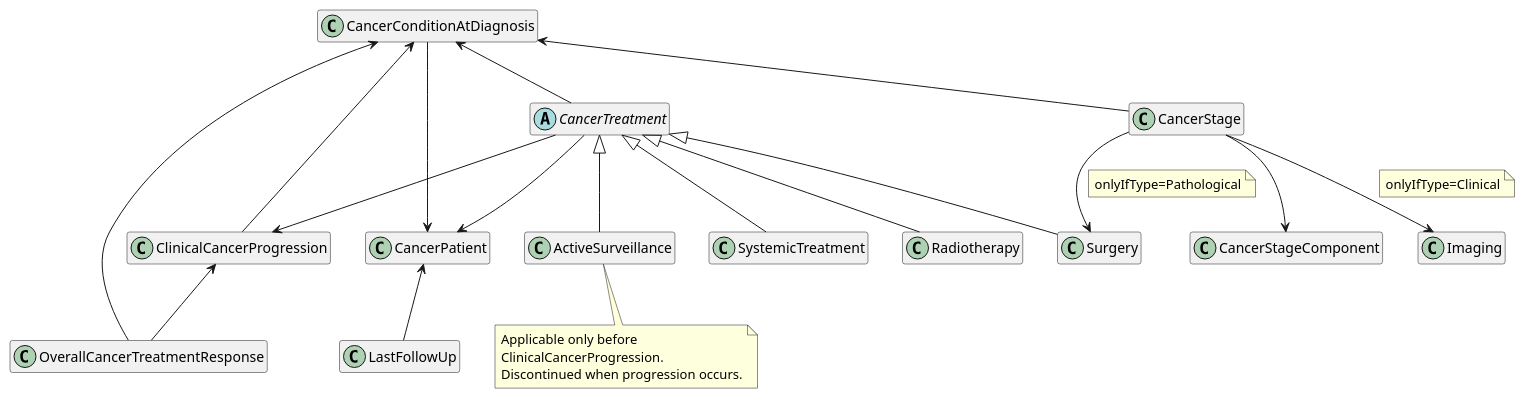
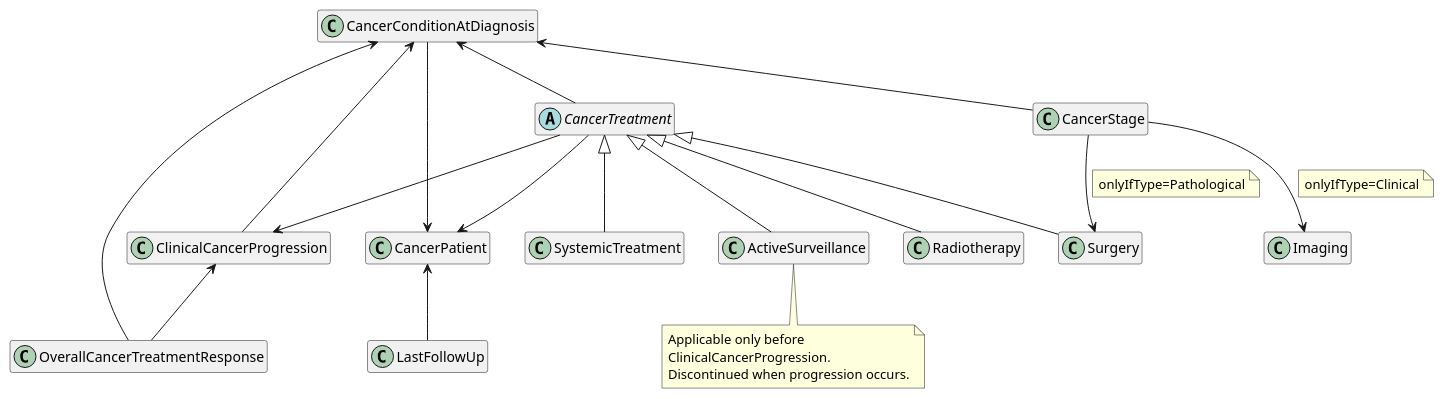
The diagram in input/images-source/CancerLogicalModel_LM_refs.plantuml (rgazzarata/cancer-common), drawn with PlantUML before and after one commit. The commit also changed 8 other files, not shown here.

Commit message:
CancerStage Logical Model Update

```diff
--- a/input/images-source/CancerLogicalModel_LM_refs.plantuml
+++ b/input/images-source/CancerLogicalModel_LM_refs.plantuml
@@ -1,78 +1,76 @@
 @startuml
 hide empty members
 skinparam classAttributeIconSize 0
 
 ' Classes derived from logical models
 class ActiveSurveillance [[StructureDefinition-ActiveSurveillance.html]]
 class CancerConditionAtDiagnosis [[StructureDefinition-CancerConditionAtDiagnosis.html]]
 class CancerPatient [[StructureDefinition-CancerPatient.html]]
 class CancerStage [[StructureDefinition-CancerStage.html]]
-class CancerStageComponent [[StructureDefinition-CancerStageComponent.html]]
 class ClinicalCancerProgression [[StructureDefinition-ClinicalCancerProgression.html]]
 class Imaging [[StructureDefinition-Imaging.html]]
 class LastFollowUp [[StructureDefinition-LastFollowUp.html]]
 class OverallCancerTreatmentResponse [[StructureDefinition-OverallCancerTreatmentResponse.html]]
 class Radiotherapy [[StructureDefinition-Radiotherapy.html]]
 class Surgery [[StructureDefinition-Surgery.html]]
 class SystemicTreatment [[StructureDefinition-SystemicTreatment.html]]
 
 ' Relationships derived from Reference() fields
 /' ActiveSurveillance --> CancerPatient
 ActiveSurveillance --> CancerConditionAtDiagnosis
 CancerConditionAtDiagnosis --> CancerPatient
 CancerStage --> CancerConditionAtDiagnosis
 CancerStage --> Surgery
 note on link
 onlyIfType=Pathological
 end note
 CancerStage --> Imaging
 note on link
 onlyIfType=Clinical
 end note
 ClinicalCancerProgression --> CancerConditionAtDiagnosis
 LastFollowUp --> CancerPatient
 OverallCancerTreatmentResponse --> CancerConditionAtDiagnosis
 OverallCancerTreatmentResponse --> ClinicalCancerProgression
 Radiotherapy --> CancerPatient
 Radiotherapy --> CancerConditionAtDiagnosis
 Radiotherapy --> ClinicalCancerProgression
 Surgery --> CancerPatient
 Surgery --> CancerConditionAtDiagnosis
 Surgery --> ClinicalCancerProgression
 SystemicTreatment --> CancerPatient
 SystemicTreatment --> CancerConditionAtDiagnosis
 SystemicTreatment --> ClinicalCancerProgression '/
 
 
 abstract class CancerTreatment
 
 CancerTreatment-u->CancerConditionAtDiagnosis
 CancerTreatment --> CancerPatient
 CancerConditionAtDiagnosis --> CancerPatient
 CancerStage -u-> CancerConditionAtDiagnosis
-CancerStage --> CancerStageComponent
 CancerStage --> Surgery
 note on link
 onlyIfType=Pathological
 end note
 CancerStage --> Imaging
 note on link
 onlyIfType=Clinical
 end note
 ClinicalCancerProgression -u-> CancerConditionAtDiagnosis
 LastFollowUp -u-> CancerPatient
 OverallCancerTreatmentResponse -u-> CancerConditionAtDiagnosis
 OverallCancerTreatmentResponse -u-> ClinicalCancerProgression
 CancerTreatment --> ClinicalCancerProgression
 CancerTreatment <|-- Radiotherapy
 CancerTreatment <|-- SystemicTreatment
 CancerTreatment <|-- Surgery
 CancerTreatment <|-- ActiveSurveillance
 note bottom of ActiveSurveillance
 Applicable only before 
 ClinicalCancerProgression.
 Discontinued when progression occurs.
 end note
 
 
 @enduml
```
